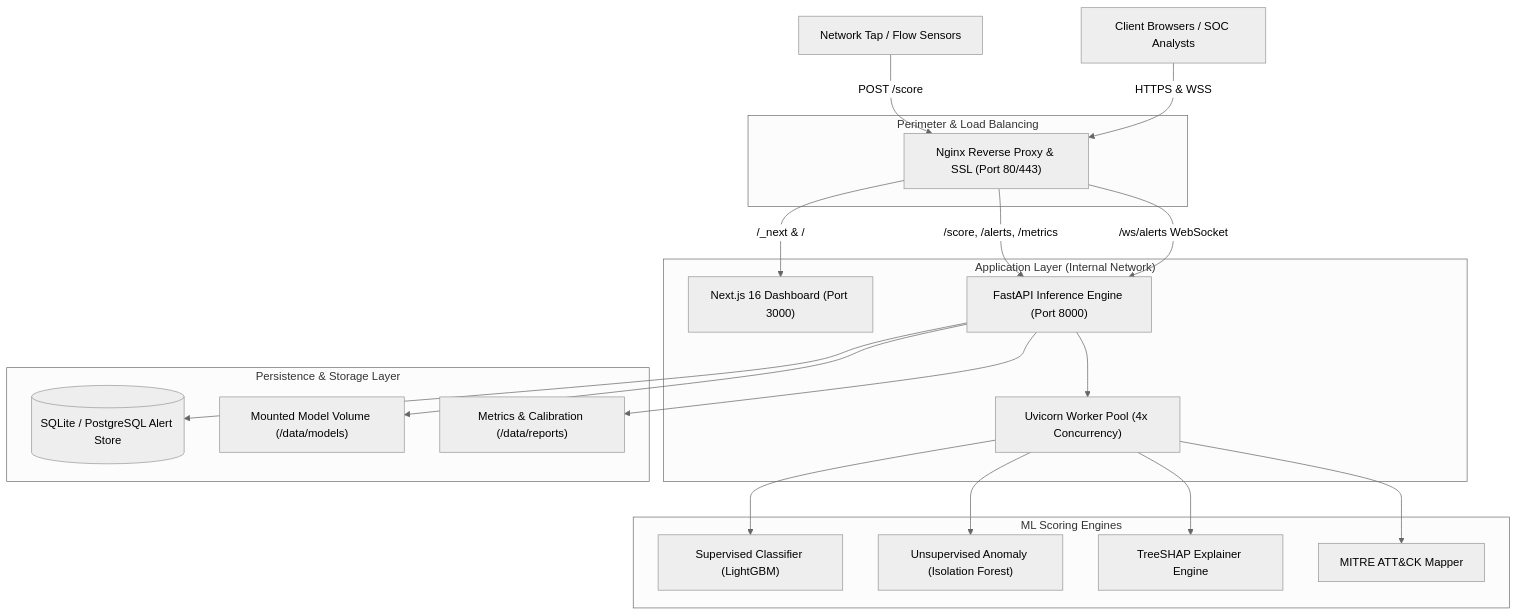
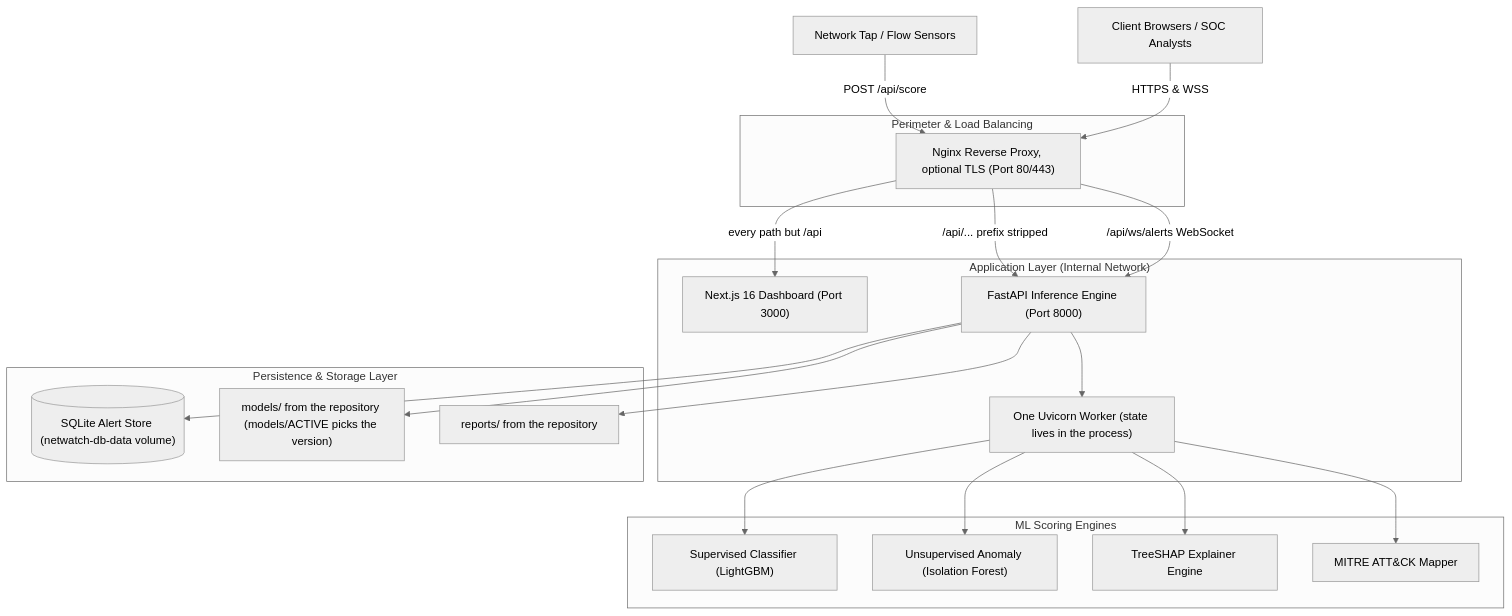
One commit to Raghav-prog-max/Net-Watch changed the diagram in deployment/docs/ARCHITECTURE_PRODUCTION.md. Above: the diagram before and after it, drawn with Mermaid (neutral theme). The commit also changed other lines of this file and 24 other files, not shown here.

````diff
--- a/deployment/docs/ARCHITECTURE_PRODUCTION.md
+++ b/deployment/docs/ARCHITECTURE_PRODUCTION.md
@@ -11,45 +11,45 @@
 ```mermaid
 flowchart TD
     Client["Client Browsers / SOC Analysts"]
     Sensor["Network Tap / Flow Sensors"]
 
     subgraph Edge["Perimeter & Load Balancing"]
-        Nginx["Nginx Reverse Proxy & SSL (Port 80/443)"]
+        Nginx["Nginx Reverse Proxy, optional TLS (Port 80/443)"]
     end
 
     subgraph Application["Application Layer (Internal Network)"]
         Dashboard["Next.js 16 Dashboard (Port 3000)"]
         API["FastAPI Inference Engine (Port 8000)"]
-        WorkerPool["Uvicorn Worker Pool (4x Concurrency)"]
+        WorkerPool["One Uvicorn Worker (state lives in the process)"]
     end
 
     subgraph Engines["ML Scoring Engines"]
         LightGBM["Supervised Classifier (LightGBM)"]
         IsoForest["Unsupervised Anomaly (Isolation Forest)"]
         TreeSHAP["TreeSHAP Explainer Engine"]
         MitreMap["MITRE ATT&CK Mapper"]
     end
 
     subgraph Data["Persistence & Storage Layer"]
-        AlertDB[("SQLite / PostgreSQL Alert Store")]
-        ModelStore["Mounted Model Volume (/data/models)"]
-        ReportsStore["Metrics & Calibration (/data/reports)"]
+        AlertDB[("SQLite Alert Store (netwatch-db-data volume)")]
+        ModelStore["models/ from the repository (models/ACTIVE picks the version)"]
+        ReportsStore["reports/ from the repository"]
     end
 
-    Sensor -->|POST /score| Nginx
+    Sensor -->|POST /api/score| Nginx
     Client -->|HTTPS & WSS| Nginx
 
-    Nginx -->|/_next & /| Dashboard
-    Nginx -->|/score, /alerts, /metrics| API
-    Nginx -->|/ws/alerts WebSocket| API
+    Nginx -->|every path but /api| Dashboard
+    Nginx -->|/api/... prefix stripped| API
+    Nginx -->|/api/ws/alerts WebSocket| API
 
     API --> WorkerPool
     WorkerPool --> LightGBM
     WorkerPool --> IsoForest
     WorkerPool --> TreeSHAP
     WorkerPool --> MitreMap
 
     API --> AlertDB
     API --> ModelStore
     API --> ReportsStore
 ```
````
